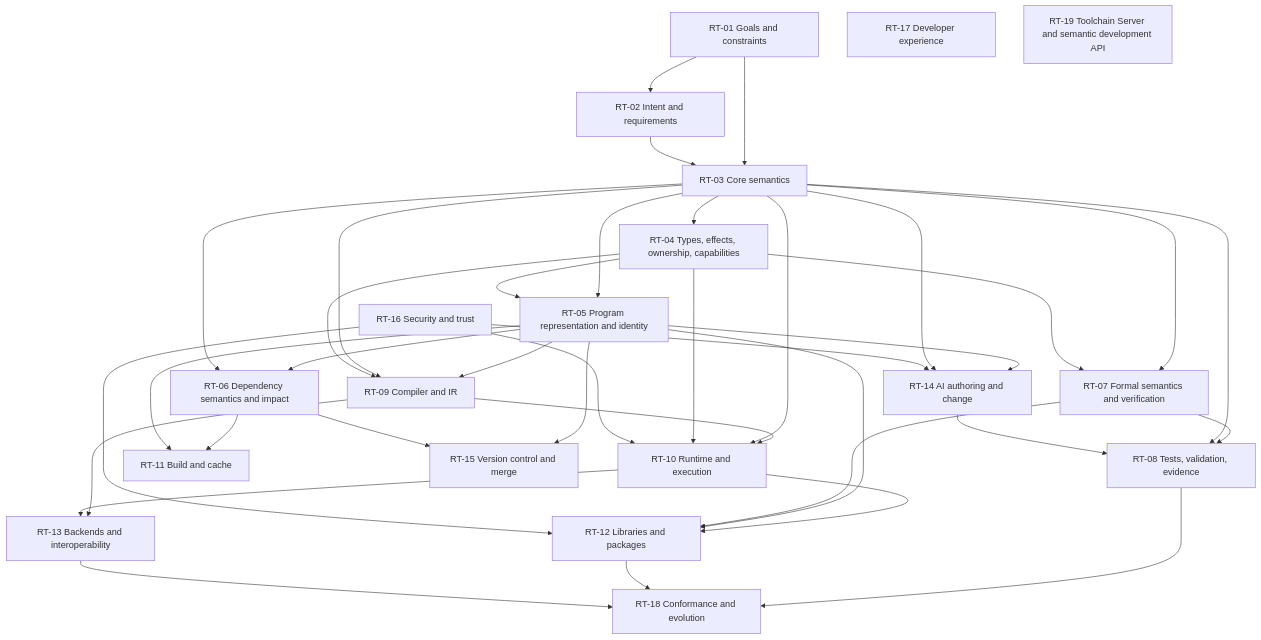
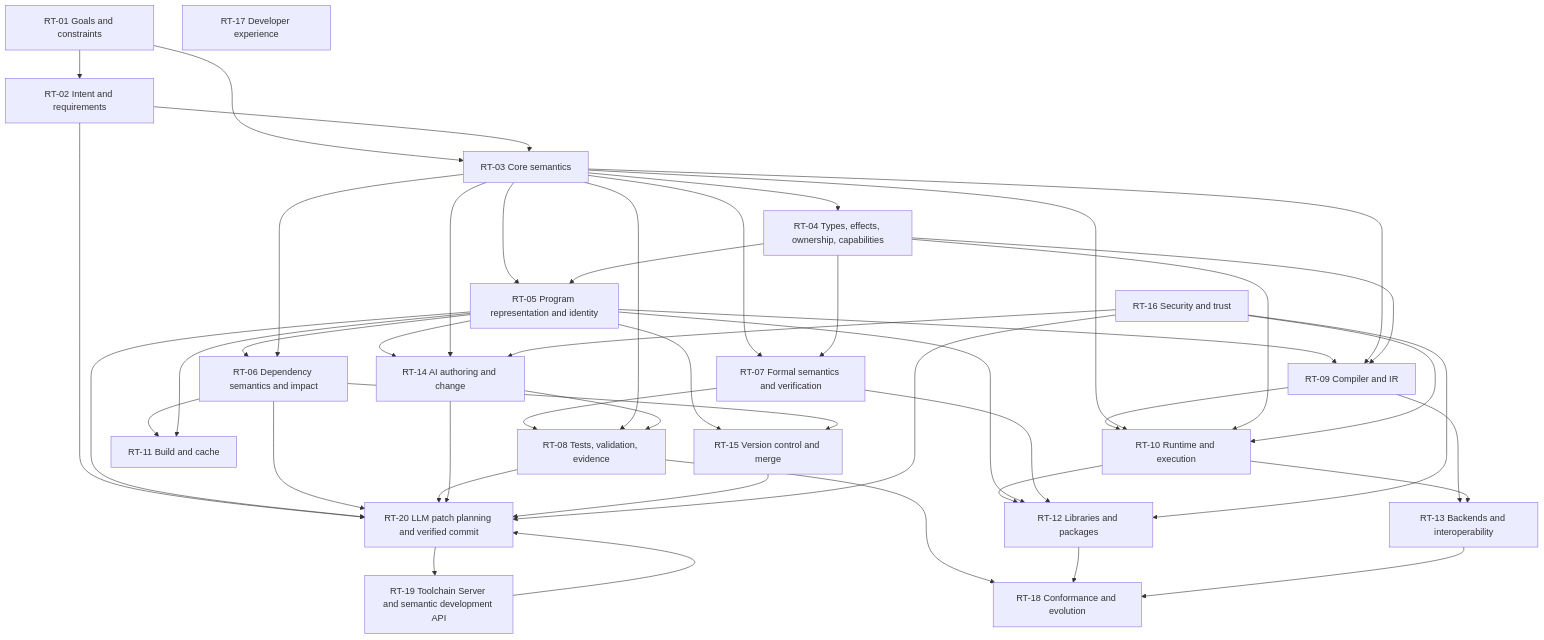
The diagram in research/RESEARCH-DEPENDENCY-MAP.md (aivibeflow/LLMLang), drawn with Mermaid before and after one commit. The commit also changed other lines of this file, not shown here.

Commit message:
Document RT-20 patch planning workflow

```diff
--- a/research/RESEARCH-DEPENDENCY-MAP.md
+++ b/research/RESEARCH-DEPENDENCY-MAP.md
@@ -31,59 +31,69 @@
 ~~~mermaid
 flowchart TD
   G[RT-01 Goals and constraints]
   I[RT-02 Intent and requirements]
   S[RT-03 Core semantics]
   T[RT-04 Types, effects, ownership, capabilities]
   P[RT-05 Program representation and identity]
   D[RT-06 Dependency semantics and impact]
   F[RT-07 Formal semantics and verification]
   E[RT-08 Tests, validation, evidence]
   C[RT-09 Compiler and IR]
   R[RT-10 Runtime and execution]
   B[RT-11 Build and cache]
   L[RT-12 Libraries and packages]
   X[RT-13 Backends and interoperability]
   A[RT-14 AI authoring and change]
   V[RT-15 Version control and merge]
   Q[RT-16 Security and trust]
   UX[RT-17 Developer experience]
   EV[RT-18 Conformance and evolution]
   TS[RT-19 Toolchain Server and semantic development API]
+  CP[RT-20 LLM patch planning and verified commit]
 
   G --> I
   G --> S
   I --> S
   S --> T
   S --> P
   T --> P
   S --> F
   T --> F
   P --> D
   S --> D
   D --> B
   P --> B
   F --> E
   S --> E
   P --> C
   S --> C
   T --> C
   C --> R
   S --> R
   T --> R
   R --> L
   P --> L
   F --> L
   C --> X
   R --> X
   P --> V
   D --> V
   A --> E
   P --> A
   S --> A
   Q --> A
+  I --> CP
+  P --> CP
+  D --> CP
+  E --> CP
+  A --> CP
+  V --> CP
+  Q --> CP
+  TS --> CP
+  CP --> TS
   Q --> R
   Q --> L
   E --> EV
   L --> EV
   X --> EV
 ~~~
```
